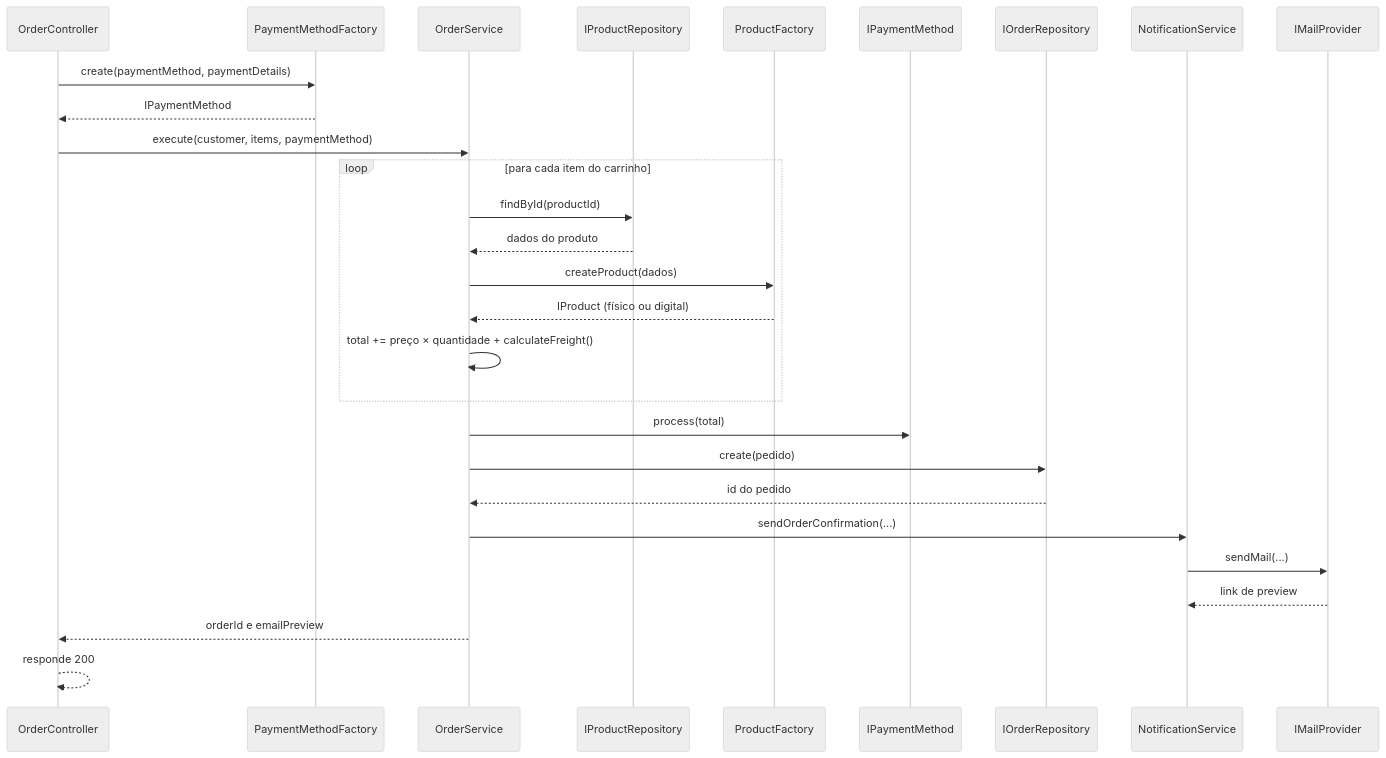
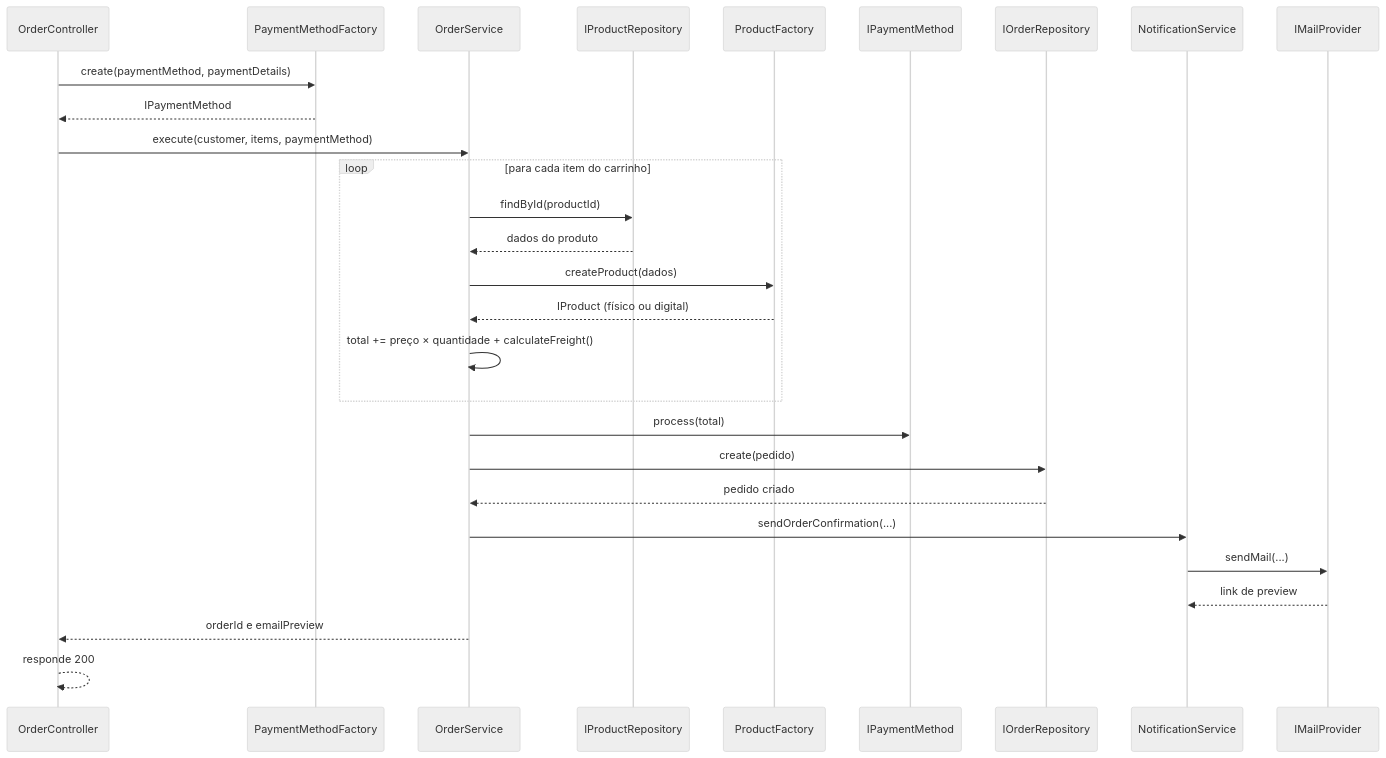
One commit to thiagocaixeta01/Projetos-de-Arquitetura-de-Software changed the first of 3 diagrams in README.md. Above: the diagram before and after it, drawn with Mermaid (neutral theme). The commit also changed other lines of this file, not shown here.

````diff
--- a/README.md
+++ b/README.md
@@ -149,31 +201,31 @@
 ```mermaid
 sequenceDiagram
     participant C as OrderController
     participant PF as PaymentMethodFactory
     participant S as OrderService
     participant PR as IProductRepository
     participant PD as ProductFactory
     participant PM as IPaymentMethod
     participant OR as IOrderRepository
     participant N as NotificationService
     participant M as IMailProvider
 
     C->>PF: create(paymentMethod, paymentDetails)
     PF-->>C: IPaymentMethod
     C->>S: execute(customer, items, paymentMethod)
     loop para cada item do carrinho
         S->>PR: findById(productId)
         PR-->>S: dados do produto
         S->>PD: createProduct(dados)
         PD-->>S: IProduct (físico ou digital)
         S->>S: total += preço × quantidade + calculateFreight()
     end
     S->>PM: process(total)
     S->>OR: create(pedido)
-    OR-->>S: id do pedido
+    OR-->>S: pedido criado
     S->>N: sendOrderConfirmation(...)
     N->>M: sendMail(...)
     M-->>N: link de preview
     S-->>C: orderId e emailPreview
     C-->>C: responde 200
 ```
````
